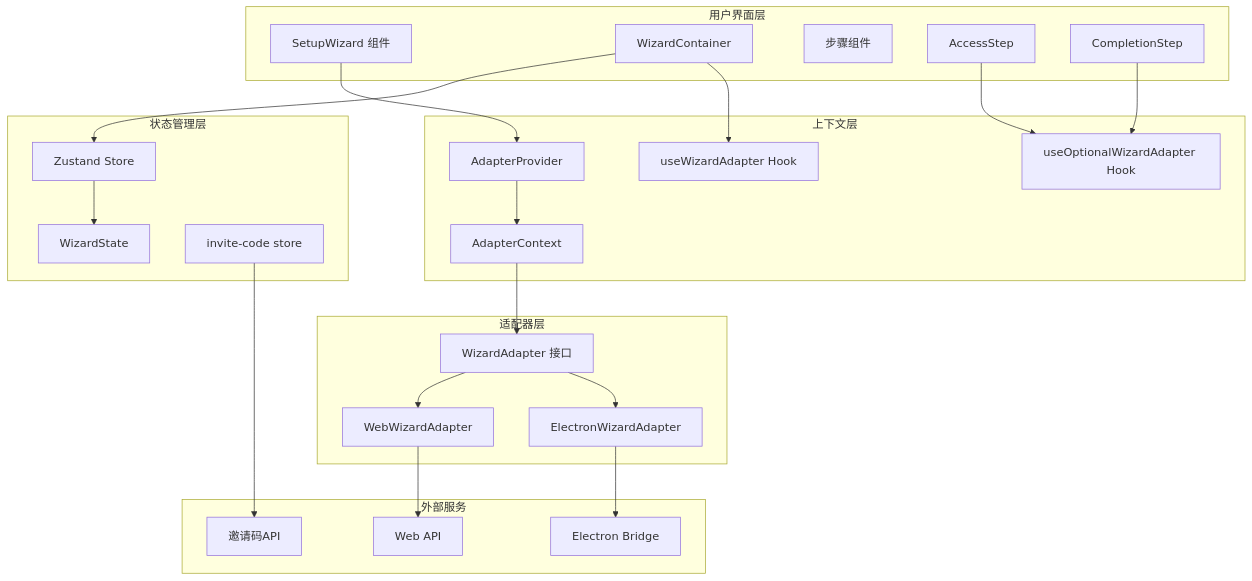
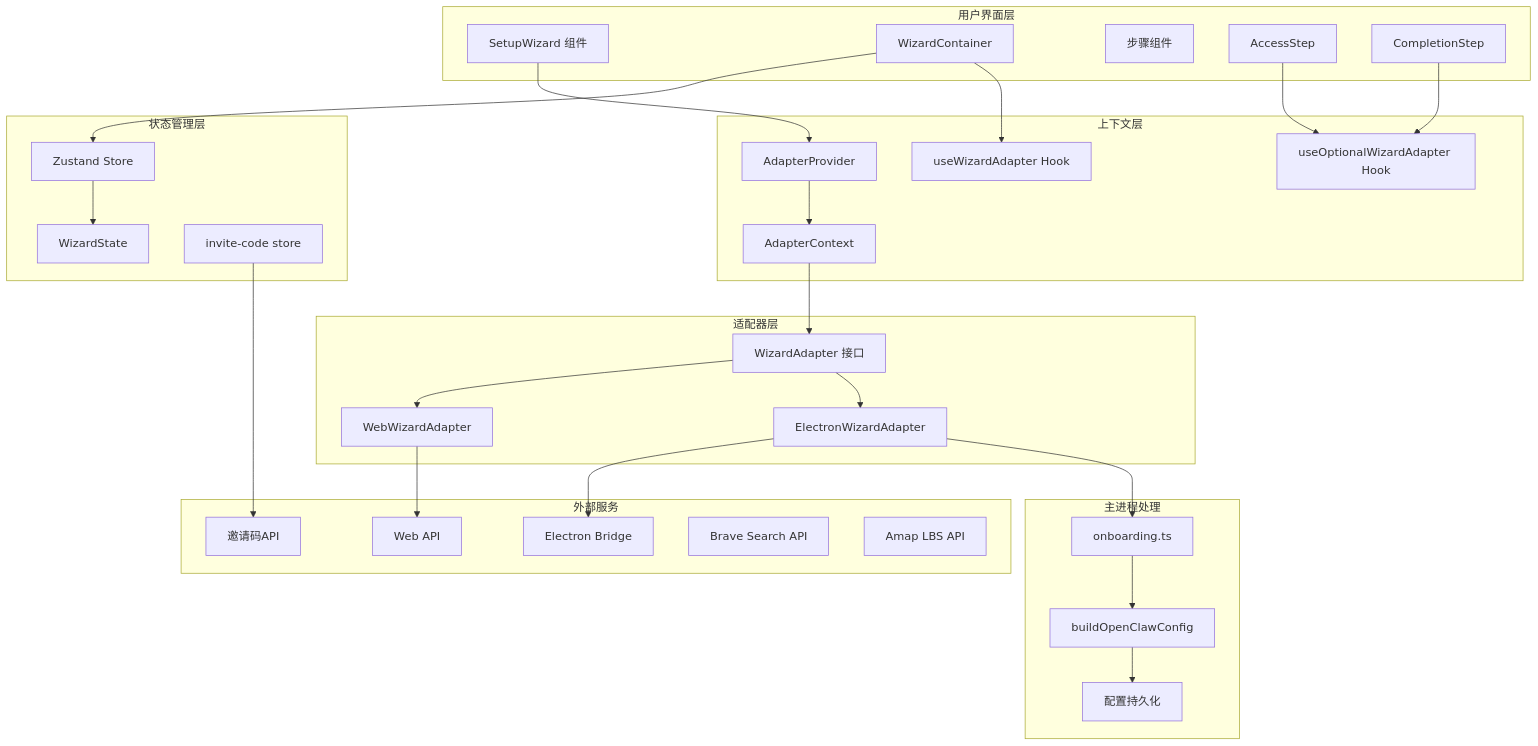
Before and after one commit to verse-ai-org/openclaw: the third of 11 diagrams in .qoder/repowiki/zh/content/设置向导适配器.md, drawn with Mermaid. The commit also changed other lines of this file and 7 other files, not shown here.

````diff
--- a/.qoder/repowiki/zh/content/设置向导适配器.md
+++ b/.qoder/repowiki/zh/content/设置向导适配器.md
@@ -166,44 +183,54 @@
 ```mermaid
 graph TB
 subgraph "用户界面层"
 A[SetupWizard 组件]
 B[WizardContainer]
 C[步骤组件]
 D[AccessStep]
 E[CompletionStep]
 end
 subgraph "适配器层"
 F[WizardAdapter 接口]
 G[WebWizardAdapter]
 H[ElectronWizardAdapter]
 end
 subgraph "状态管理层"
 I[Zustand Store]
 J[WizardState]
 K[invite-code store]
 end
 subgraph "上下文层"
 L[AdapterContext]
 M[AdapterProvider]
 N[useWizardAdapter Hook]
 O[useOptionalWizardAdapter Hook]
 end
 subgraph "外部服务"
 P[Web API]
 Q[Electron Bridge]
 R[邀请码API]
+S[Brave Search API]
+T[Amap LBS API]
+end
+subgraph "主进程处理"
+U[onboarding.ts]
+V[buildOpenClawConfig]
+W[配置持久化]
 end
 A --> M
 M --> L
 L --> F
 F --> G
 F --> H
 B --> I
 B --> N
 D --> O
 E --> O
 G --> P
 H --> Q
 I --> J
 K --> R
+H --> U
+U --> V
+V --> W
 ```
````
